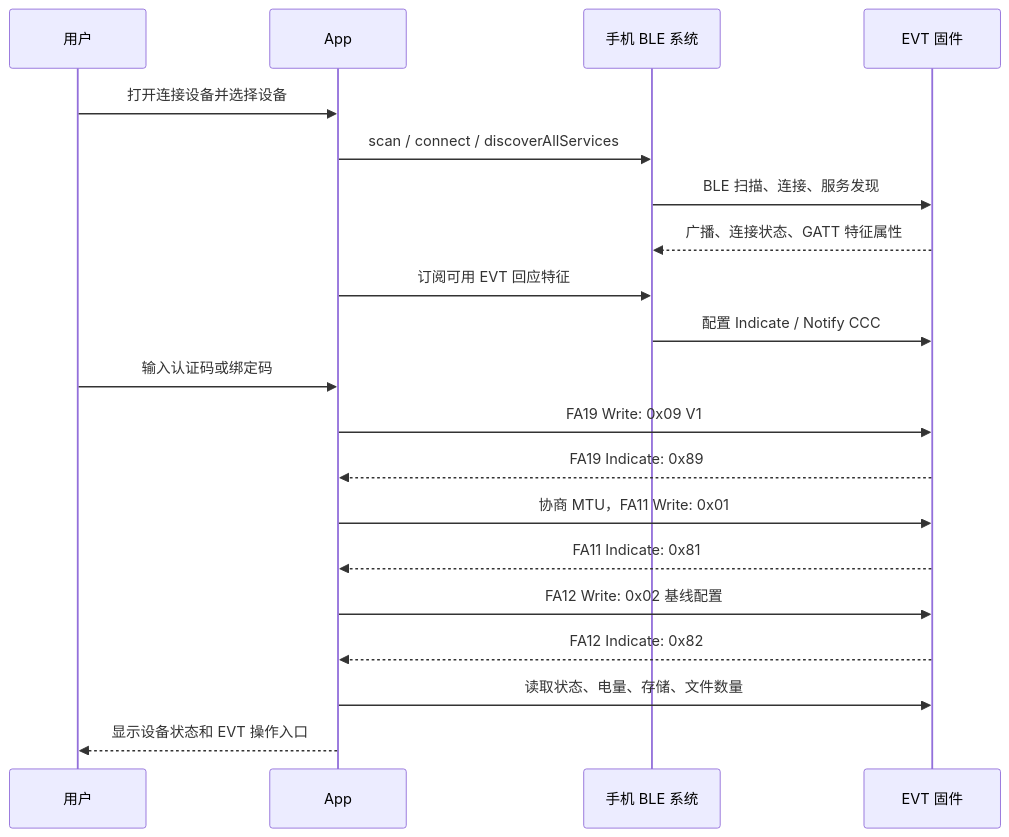
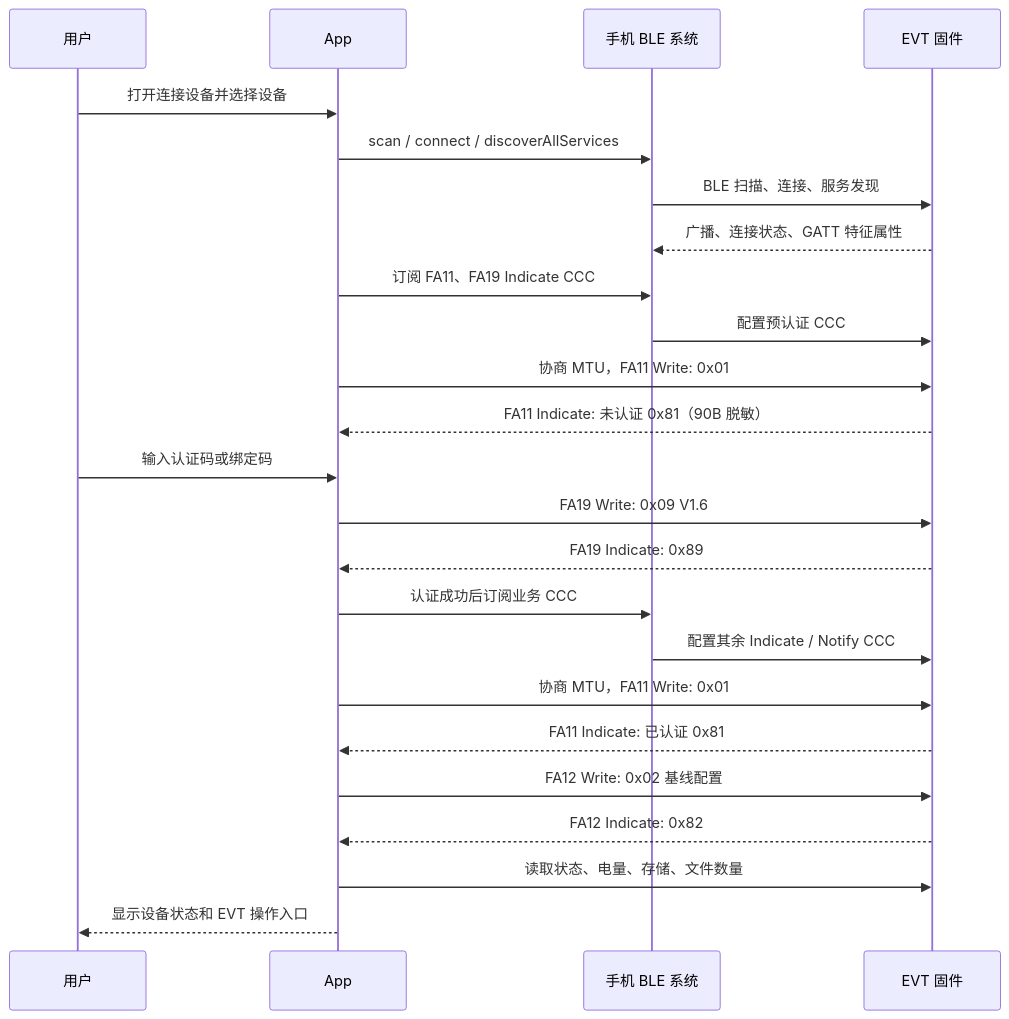
One commit to 01xkp/EVT_Flutter_APP changed the diagram in docs/app-device-flow.md. Above: the diagram before and after it, drawn with Mermaid. The commit also changed other lines of this file and 71 other files, not shown here.

````diff
--- a/docs/app-device-flow.md
+++ b/docs/app-device-flow.md
@@ -27,23 +27,27 @@
 ```mermaid
 sequenceDiagram
     participant U as 用户
     participant A as App
     participant S as 手机 BLE 系统
     participant D as EVT 固件
 
     U->>A: 打开连接设备并选择设备
     A->>S: scan / connect / discoverAllServices
     S->>D: BLE 扫描、连接、服务发现
     D-->>S: 广播、连接状态、GATT 特征属性
-    A->>S: 订阅可用 EVT 回应特征
-    S->>D: 配置 Indicate / Notify CCC
+    A->>S: 订阅 FA11、FA19 Indicate CCC
+    S->>D: 配置预认证 CCC
+    A->>D: 协商 MTU，FA11 Write: 0x01
+    D-->>A: FA11 Indicate: 未认证 0x81（90B 脱敏）
     U->>A: 输入认证码或绑定码
-    A->>D: FA19 Write: 0x09 V1
+    A->>D: FA19 Write: 0x09 V1.6
     D-->>A: FA19 Indicate: 0x89
+    A->>S: 认证成功后订阅业务 CCC
+    S->>D: 配置其余 Indicate / Notify CCC
     A->>D: 协商 MTU，FA11 Write: 0x01
-    D-->>A: FA11 Indicate: 0x81
+    D-->>A: FA11 Indicate: 已认证 0x81
     A->>D: FA12 Write: 0x02 基线配置
     D-->>A: FA12 Indicate: 0x82
     A->>D: 读取状态、电量、存储、文件数量
     A-->>U: 显示设备状态和 EVT 操作入口
 ```
````
